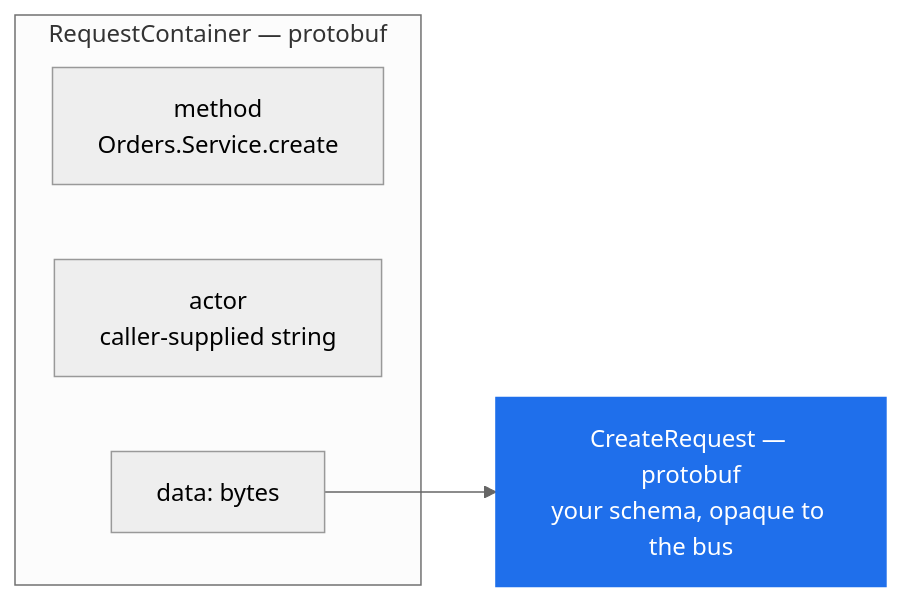
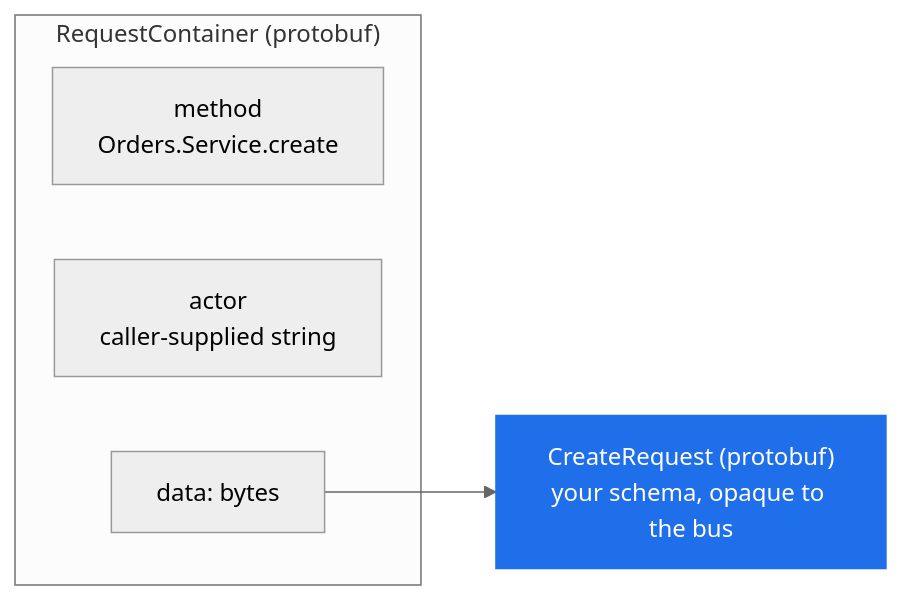
One commit to ArielLaub/protobus-py changed the fifth of 6 diagrams in docs/concepts/architecture.md. Above: the diagram before and after it, drawn with Mermaid (neutral theme). The commit also changed other lines of this file and 28 other files, not shown here.

````diff
--- a/docs/concepts/architecture.md
+++ b/docs/concepts/architecture.md
@@ -262,11 +262,11 @@
 ```mermaid
 flowchart LR
-    subgraph outer["RequestContainer — protobuf"]
+    subgraph outer["RequestContainer (protobuf)"]
         M["method<br/>Orders.Service.create"]
         A["actor<br/>caller-supplied string"]
         D["data: bytes"]
     end
-    D --> inner["CreateRequest — protobuf<br/>your schema, opaque to the bus"]
+    D --> inner["CreateRequest (protobuf)<br/>your schema, opaque to the bus"]
 
     style inner fill:#1f6feb,color:#fff,stroke:#1f6feb
 ```
````
